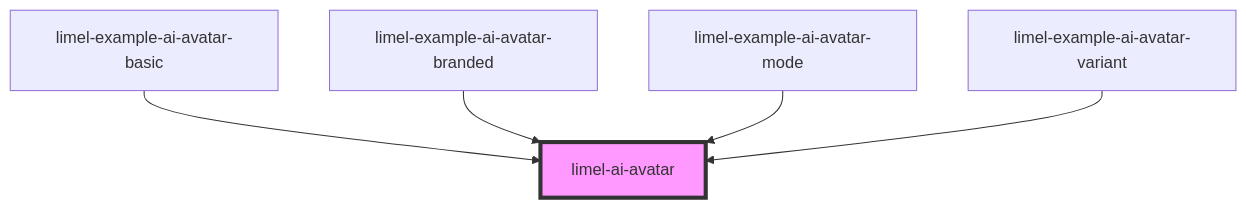
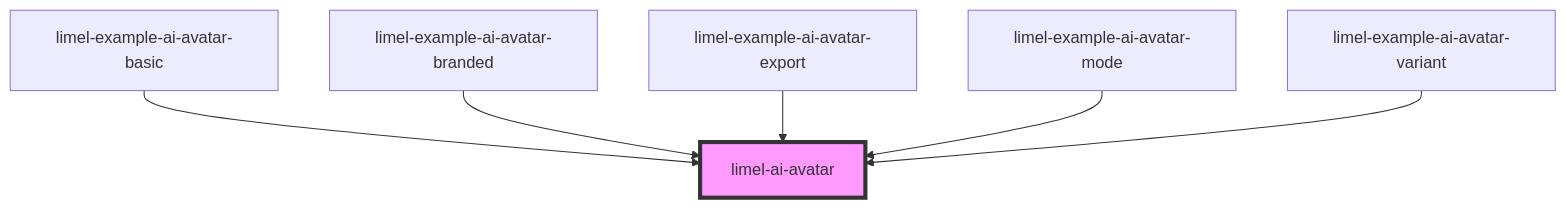
The diagram in versions/PR-4082/markdown-docs/components/ai-avatar/readme.md (Lundalogik/lime-elements), drawn with Mermaid before and after one commit. The commit also changed other lines of this file and 527 other files, not shown here.

````diff
--- a/versions/PR-4082/markdown-docs/components/ai-avatar/readme.md
+++ b/versions/PR-4082/markdown-docs/components/ai-avatar/readme.md
@@ -37,8 +38,9 @@
 ```mermaid
 graph TD;
   limel-example-ai-avatar-basic --> limel-ai-avatar
   limel-example-ai-avatar-branded --> limel-ai-avatar
+  limel-example-ai-avatar-export --> limel-ai-avatar
   limel-example-ai-avatar-mode --> limel-ai-avatar
   limel-example-ai-avatar-variant --> limel-ai-avatar
   style limel-ai-avatar fill:#f9f,stroke:#333,stroke-width:4px
 ```
````
